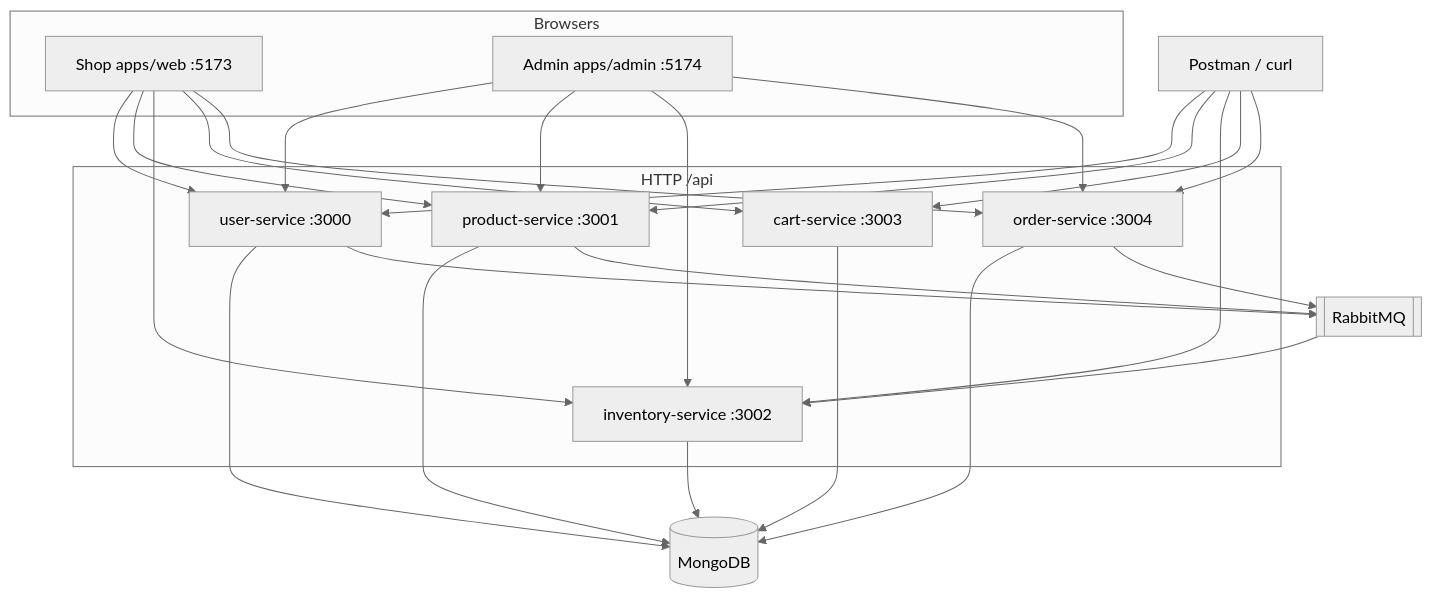
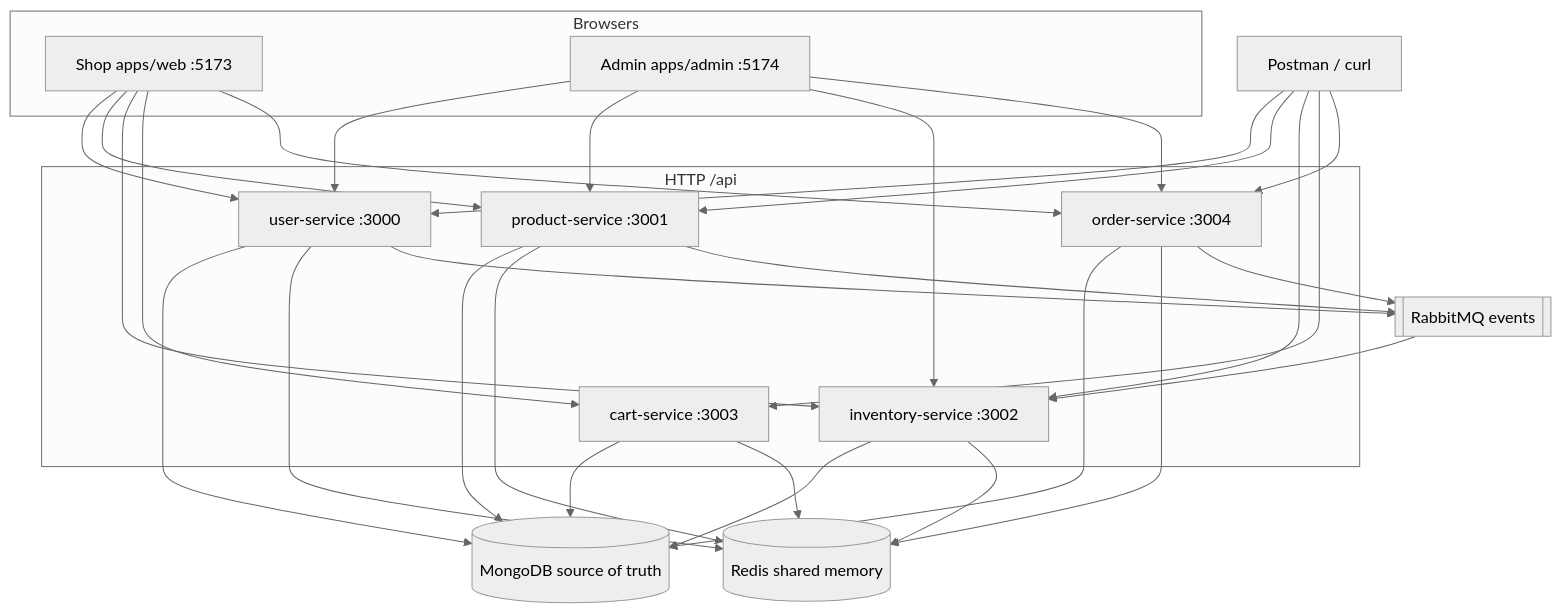
The first of 2 diagrams in docs/architecture.md (dipunjan/core-platform), drawn with Mermaid (neutral theme) before and after one commit. The commit also changed other lines of this file and 37 other files, not shown here.

````diff
--- a/docs/architecture.md
+++ b/docs/architecture.md
@@ -9,34 +9,31 @@
 ```mermaid
 flowchart TB
   subgraph browsers [Browsers]
     Shop["Shop apps/web :5173"]
     Admin["Admin apps/admin :5174"]
   end
   Postman[Postman / curl]
 
   subgraph apis [HTTP /api]
     U["user-service :3000"]
     P["product-service :3001"]
     I["inventory-service :3002"]
     C["cart-service :3003"]
     O["order-service :3004"]
   end
 
-  Mongo[(MongoDB)]
-  Rabbit[[RabbitMQ]]
+  Mongo[(MongoDB source of truth)]
+  Redis[(Redis shared memory)]
+  Rabbit[[RabbitMQ events]]
 
   Shop --> U & P & I & C & O
   Admin --> U & P & I & O
   Postman --> U & P & I & C & O
 
-  U --> Mongo
-  P --> Mongo
-  I --> Mongo
-  C --> Mongo
-  O --> Mongo
-
+  U & P & I & C & O --> Mongo
+  U & P & I & C & O --> Redis
   U --> Rabbit
   P --> Rabbit
   O --> Rabbit
   Rabbit --> I
 ```
````
